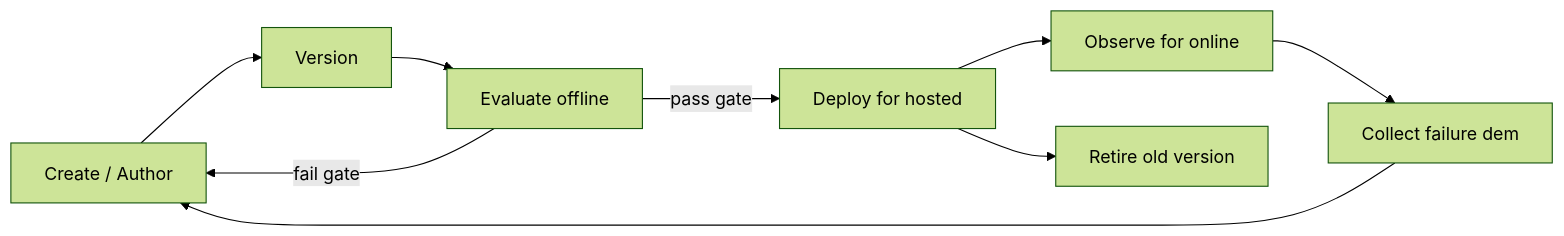
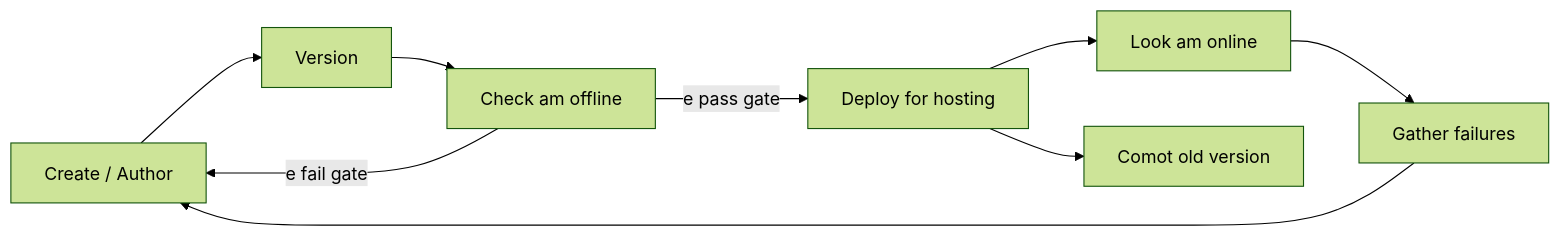
Before and after one commit to microsoft/ai-agents-for-beginners: the second of 4 diagrams in translations/pcm/16-deploying-scalable-agents/README.md, drawn with Mermaid (forest theme). The commit also changed other lines of this file and 46 other files, not shown here.

````diff
--- a/translations/pcm/16-deploying-scalable-agents/README.md
+++ b/translations/pcm/16-deploying-scalable-agents/README.md
@@ -108,11 +108,11 @@
 ```mermaid
 flowchart LR
     Create[Create / Author] --> Version[Version]
-    Version --> Evaluate[Evaluate offline]
-    Evaluate -->|pass gate| Deploy[Deploy for hosted]
-    Evaluate -->|fail gate| Create
-    Deploy --> Observe[Observe for online]
-    Observe --> Improve[Collect failure dem]
+    Version --> Evaluate[Check am offline]
+    Evaluate -->|e pass gate| Deploy[Deploy for hosting]
+    Evaluate -->|e fail gate| Create
+    Deploy --> Observe[Look am online]
+    Observe --> Improve[Gather failures]
     Improve --> Create
-    Deploy --> Retire[Retire old version]
+    Deploy --> Retire[Comot old version]
 ```
````
